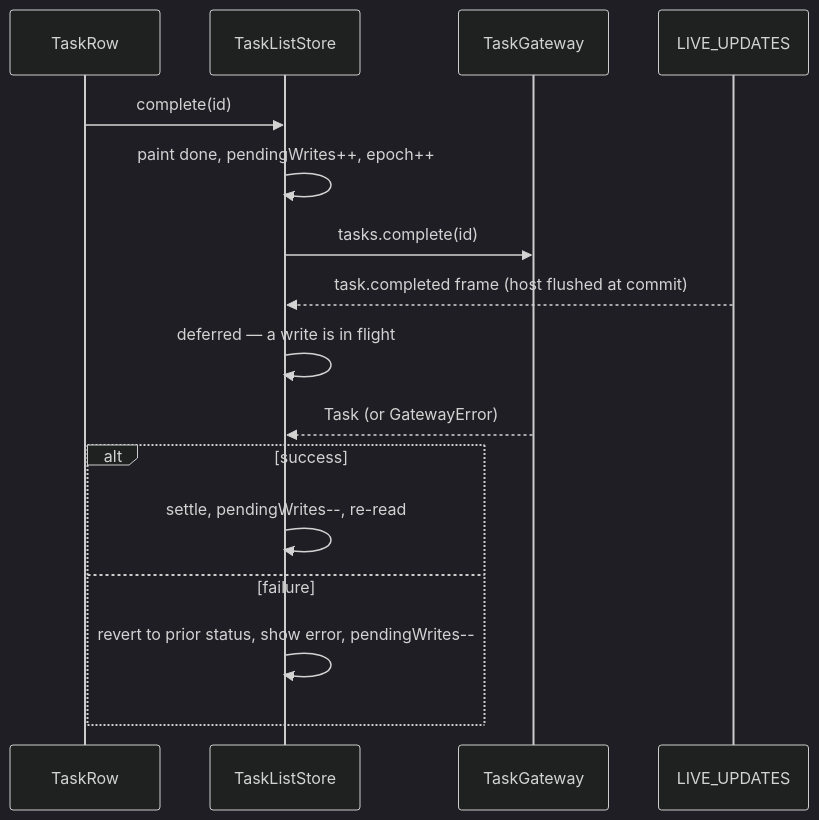
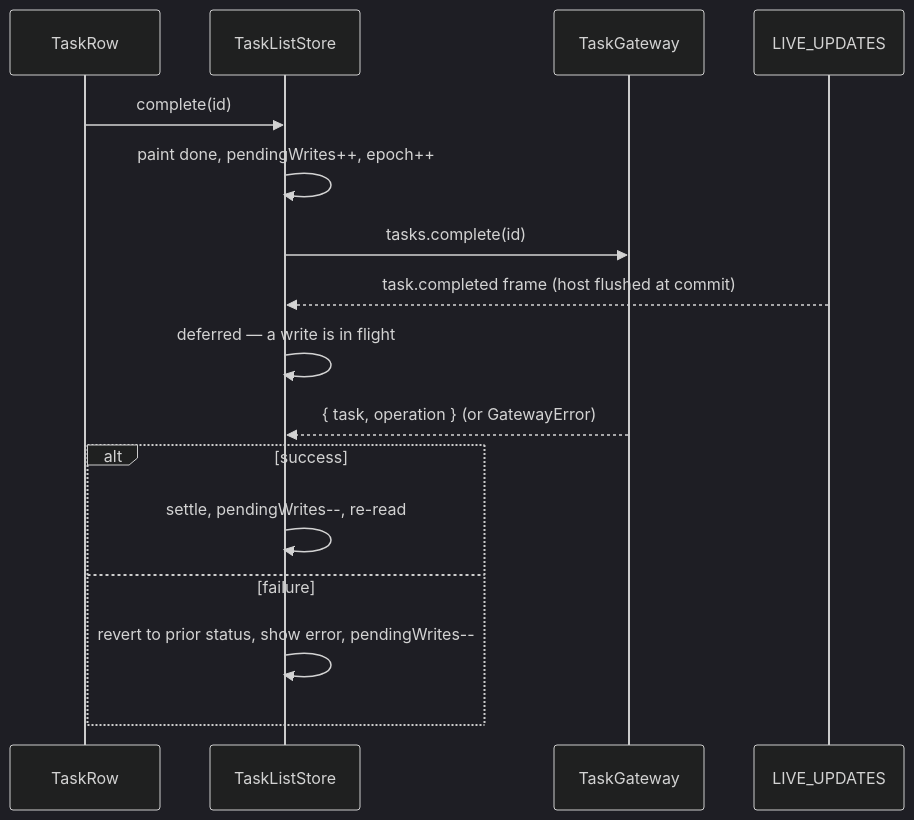
The second of 2 diagrams in docs/architecture/web/tasks/what.md (CalciteDragon/Canvas-work-manager-prototype), drawn with Mermaid (dark theme) before and after one commit. The commit also changed 143 other files, not shown here.

````diff
--- a/docs/architecture/web/tasks/what.md
+++ b/docs/architecture/web/tasks/what.md
@@ -29,18 +29,18 @@
 ```mermaid
 sequenceDiagram
   participant R as TaskRow
   participant S as TaskListStore
   participant G as TaskGateway
   participant L as LIVE_UPDATES
   R->>S: complete(id)
   S->>S: paint done, pendingWrites++, epoch++
   S->>G: tasks.complete(id)
   L-->>S: task.completed frame (host flushed at commit)
   S->>S: deferred — a write is in flight
-  G-->>S: Task (or GatewayError)
+  G-->>S: { task, operation } (or GatewayError)
   alt success
     S->>S: settle, pendingWrites--, re-read
   else failure
     S->>S: revert to prior status, show error, pendingWrites--
   end
 ```
````
